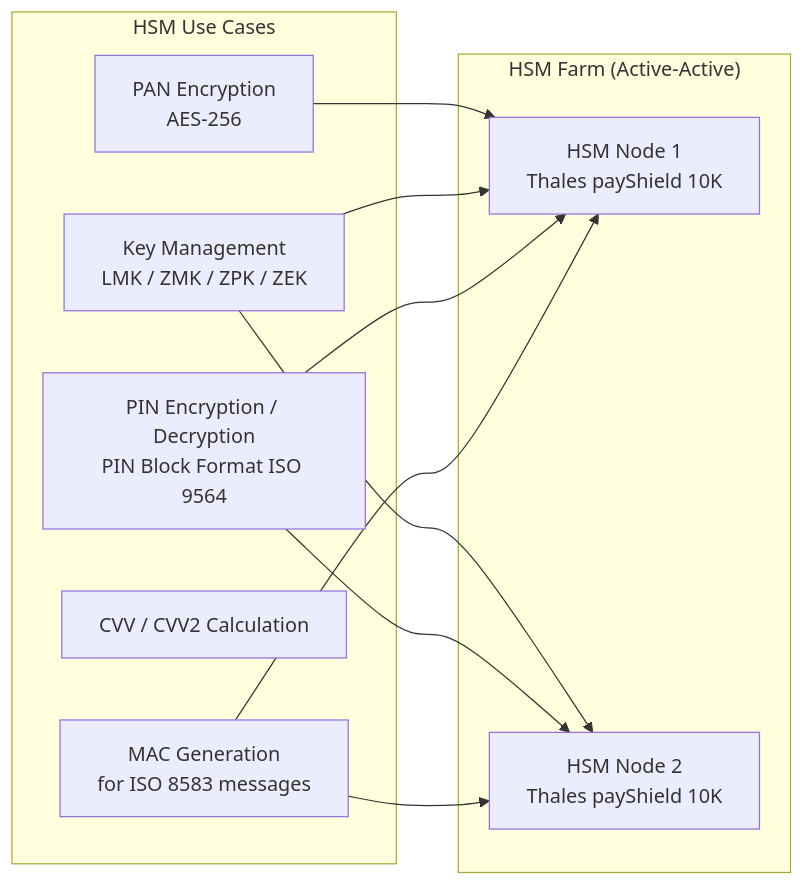
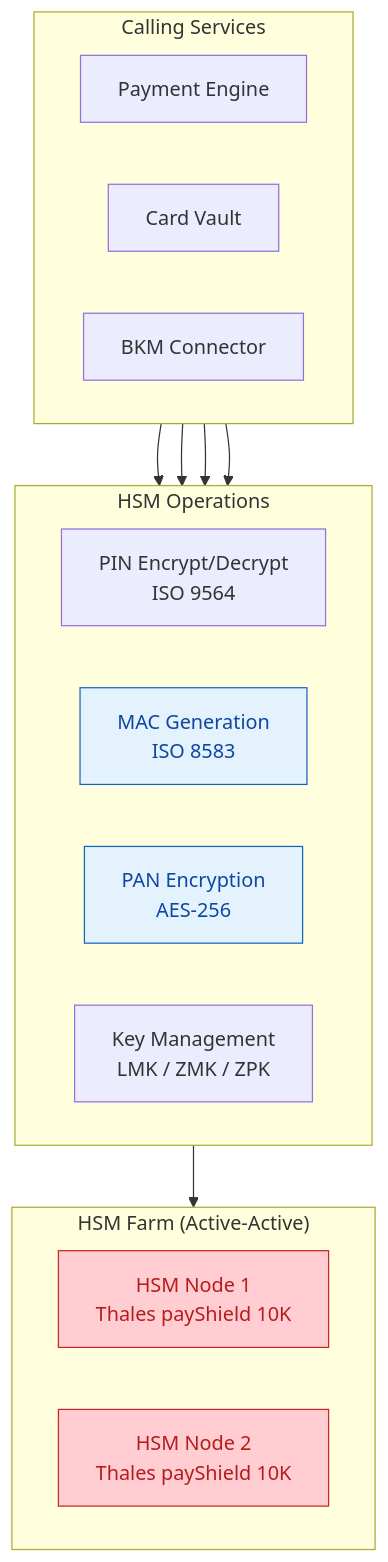
One commit to gurkanindibay/azure_learning changed diagram 22 of 35 in architecture-general/09-industry-specialized-architectures/9.1.1-financial-services-architecture/9.1.1.4-turkish-payment-system-architecture.md. Above: the diagram before and after it, drawn with Mermaid. The commit also changed other lines of this file, not shown here.

Commit message:
Reevaluated stripe payment system  document

````diff
--- a/architecture-general/09-industry-specialized-architectures/9.1.1-financial-services-architecture/9.1.1.4-turkish-payment-system-architecture.md
+++ b/architecture-general/09-industry-specialized-architectures/9.1.1-financial-services-architecture/9.1.1.4-turkish-payment-system-architecture.md
@@ -685,23 +914,35 @@
 ```mermaid
-flowchart LR
-    subgraph "HSM Farm (Active-Active)"
-        HSM1[HSM Node 1\nThales payShield 10K]
-        HSM2[HSM Node 2\nThales payShield 10K]
+flowchart TB
+    subgraph CALLERS["Calling Services"]
+        direction LR
+        PPE[Payment Engine]
+        VAULT_SVC[Card Vault]
+        BKM_CONN[BKM Connector]
     end
 
-    subgraph "HSM Use Cases"
-        PIN_ENC[PIN Encryption / Decryption\nPIN Block Format ISO 9564]
-        MAC_GEN[MAC Generation\nfor ISO 8583 messages]
-        KEY_MGT[Key Management\nLMK / ZMK / ZPK / ZEK]
-        CVV_GEN[CVV / CVV2 Calculation]
-        PAN_ENC[PAN Encryption\nAES-256]
+    subgraph OPERATIONS["HSM Operations"]
+        direction LR
+        PIN_ENC[PIN Encrypt/Decrypt<br/>ISO 9564]
+        MAC_GEN[MAC Generation<br/>ISO 8583]
+        PAN_ENC[PAN Encryption<br/>AES-256]
+        KEY_MGT[Key Management<br/>LMK / ZMK / ZPK]
     end
 
-    MAC_GEN --> HSM1
-    MAC_GEN --> HSM2
-    PIN_ENC --> HSM1
-    PIN_ENC --> HSM2
-    KEY_MGT --> HSM1
-    KEY_MGT --> HSM2
-    PAN_ENC --> HSM1
+    subgraph FARM["HSM Farm (Active-Active)"]
+        direction LR
+        HSM1[HSM Node 1<br/>Thales payShield 10K]
+        HSM2[HSM Node 2<br/>Thales payShield 10K]
+    end
+
+    PPE --> MAC_GEN
+    VAULT_SVC --> PAN_ENC
+    BKM_CONN --> PIN_ENC
+    PPE --> KEY_MGT
+
+    OPERATIONS --> FARM
+
+    style HSM1 fill:#ffcdd2,stroke:#c62828,color:#b71c1c
+    style HSM2 fill:#ffcdd2,stroke:#c62828,color:#b71c1c
+    style MAC_GEN fill:#e3f2fd,stroke:#1565c0,color:#0d47a1
+    style PAN_ENC fill:#e3f2fd,stroke:#1565c0,color:#0d47a1
 ```
````
